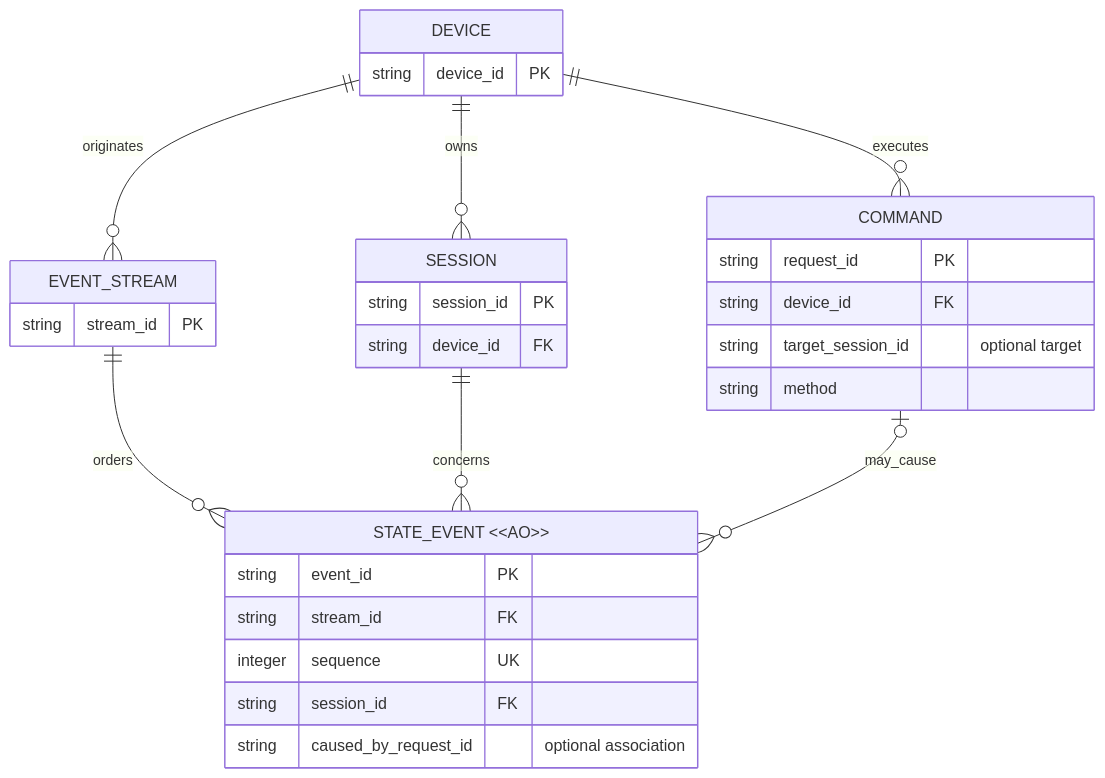
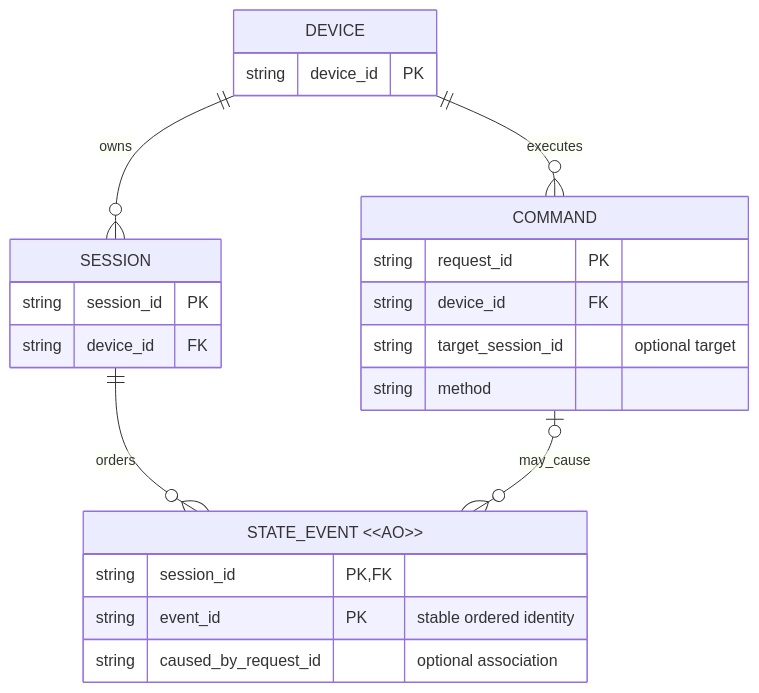
Before and after one commit to shazhou-ww/silvermoon-ai: the diagram in .silvermoon/ideas/01M4Q3XNZSNC2RAN4Z631GCVCS/outer/inner/ideal/Business-Data-Model-Review.md, drawn with Mermaid. The commit also changed other lines of this file and 3 other files, not shown here.

Commit message:
docs: simplify observation targets and ordered event identity

````diff
--- a/.silvermoon/ideas/01M4Q3XNZSNC2RAN4Z631GCVCS/outer/inner/ideal/Business-Data-Model-Review.md
+++ b/.silvermoon/ideas/01M4Q3XNZSNC2RAN4Z631GCVCS/outer/inner/ideal/Business-Data-Model-Review.md
@@ -24,32 +24,25 @@
 ```mermaid
 erDiagram
   DEVICE {
     string device_id PK
   }
   SESSION {
     string session_id PK
     string device_id FK
   }
-  EVENT_STREAM {
-    string stream_id PK
-  }
   STATE_EVENT["STATE_EVENT &lt;&lt;AO&gt;&gt;"] {
-    string event_id PK
-    string stream_id FK
-    integer sequence UK
-    string session_id FK
+    string session_id PK, FK
+    string event_id PK "stable ordered identity"
     string caused_by_request_id "optional association"
   }
   COMMAND {
     string request_id PK
     string device_id FK
     string target_session_id "optional target"
     string method
   }
   DEVICE ||--o{ SESSION : owns
-  DEVICE ||--o{ EVENT_STREAM : originates
-  EVENT_STREAM ||--o{ STATE_EVENT : orders
-  SESSION ||--o{ STATE_EVENT : concerns
+  SESSION ||--o{ STATE_EVENT : orders
   DEVICE ||--o{ COMMAND : executes
   COMMAND o|--o{ STATE_EVENT : may_cause
 ```
````
